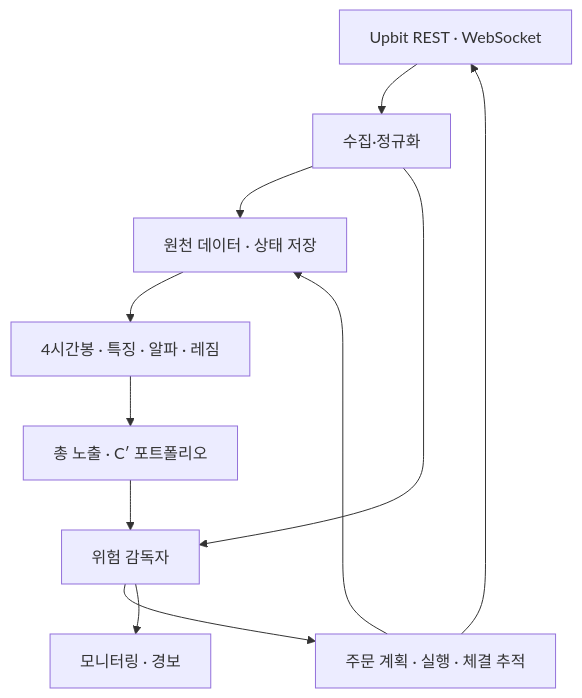
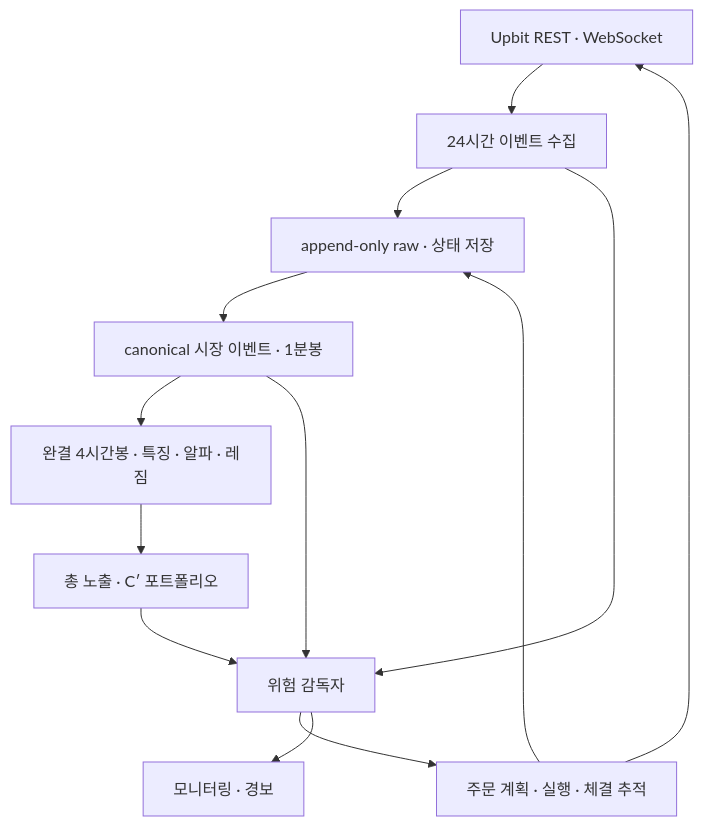
The second of 4 diagrams in docs/CASSANDRA_BLUEPRINT_v1.0.md (bigpine-choi/cassandra-trader), drawn with Mermaid before and after one commit. The commit also changed other lines of this file, not shown here.

Commit message:
docs: align blueprint with event-driven architecture (#2)

````diff
--- a/docs/CASSANDRA_BLUEPRINT_v1.0.md
+++ b/docs/CASSANDRA_BLUEPRINT_v1.0.md
@@ -121,13 +135,15 @@
 ```mermaid
 flowchart TD
-    U["Upbit REST · WebSocket"] --> I["수집·정규화"]
-    I --> D["원천 데이터 · 상태 저장"]
-    D --> F["4시간봉 · 특징 · 알파 · 레짐"]
+    U["Upbit REST · WebSocket"] --> I["24시간 이벤트 수집"]
+    I --> D["append-only raw · 상태 저장"]
+    D --> C["canonical 시장 이벤트 · 1분봉"]
+    C --> F["완결 4시간봉 · 특징 · 알파 · 레짐"]
     F --> P["총 노출 · C′ 포트폴리오"]
     P --> R["위험 감독자"]
     I --> R
+    C --> R
     R --> E["주문 계획 · 실행 · 체결 추적"]
     E --> U
     E --> D
     R --> M["모니터링 · 경보"]
 ```
````
